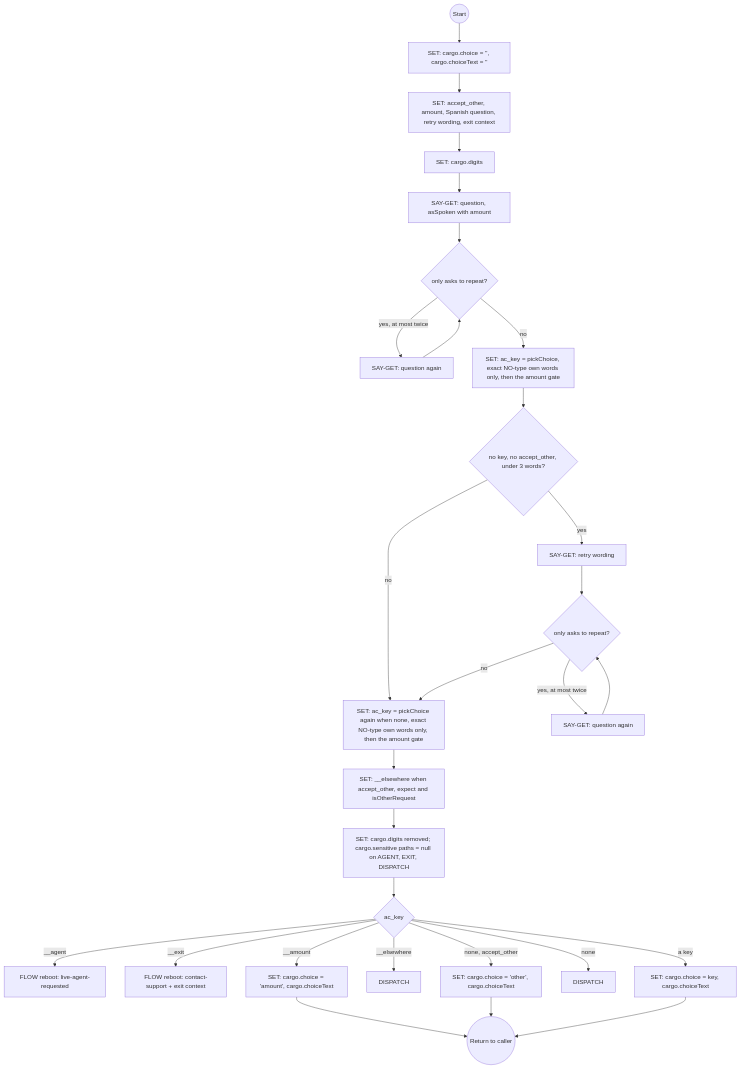
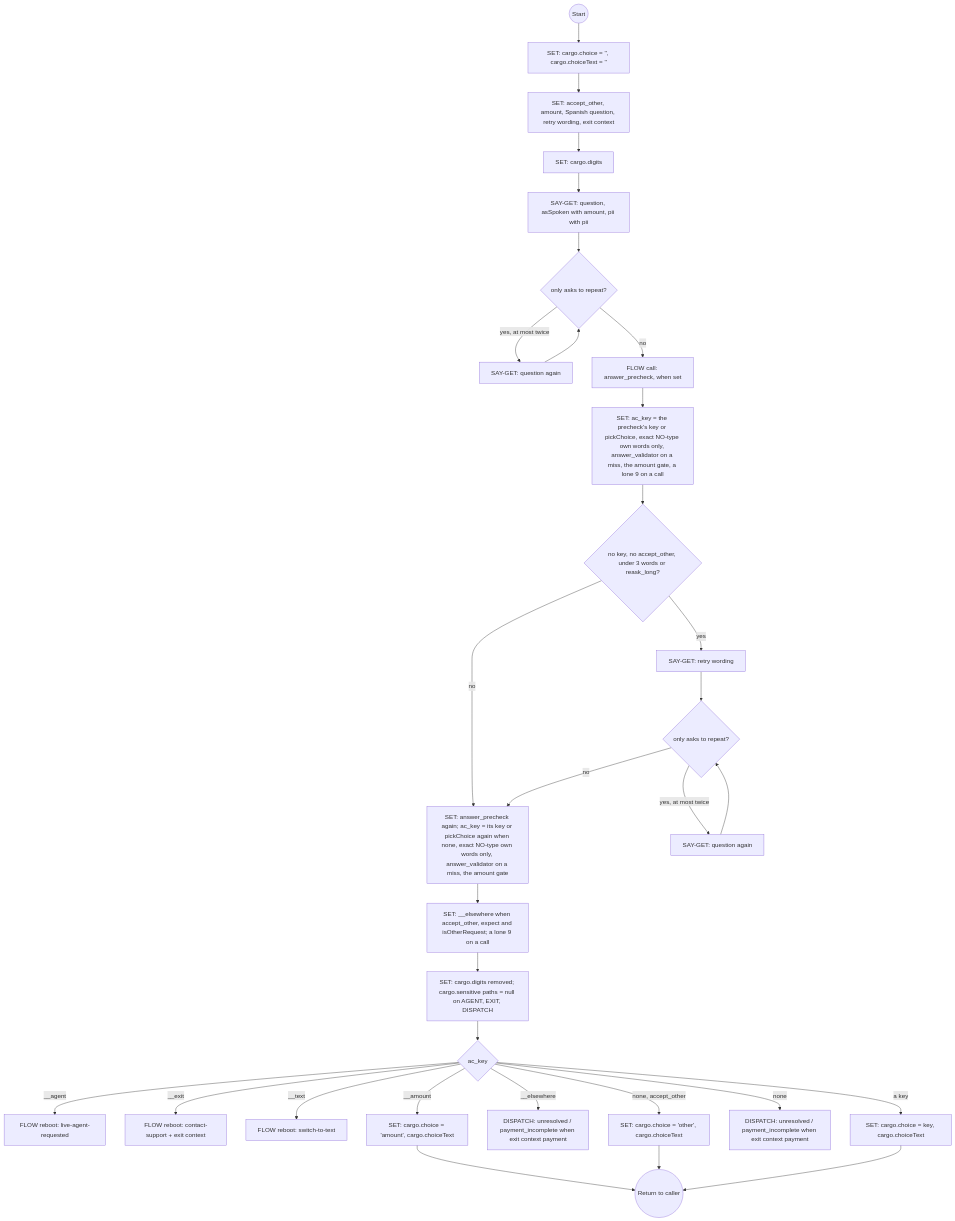
Diagram 18 of 25 in docs/system-flows.md (ronpinkas/jsfe), drawn with Mermaid before and after one commit. The commit also changed other lines of this file and 4 other files, not shown here.

````diff
--- a/docs/system-flows.md
+++ b/docs/system-flows.md
@@ -1097,31 +1162,33 @@
 ```mermaid
 graph TD
     start((Start)) --> ac_reset["SET: cargo.choice = '', cargo.choiceText = ''"]
     ac_reset --> defaults[SET: accept_other, amount, Spanish question, retry wording, exit context]
     defaults --> ac_keypad[SET: cargo.digits]
-    ac_keypad --> ac_ask[SAY-GET: question, asSpoken with amount]
+    ac_keypad --> ac_ask[SAY-GET: question, asSpoken with amount, pii with pii]
     ac_ask --> repeat{only asks to repeat?}
     repeat -->|yes, at most twice| ac_repeat[SAY-GET: question again]
     ac_repeat --> repeat
-    repeat -->|no| ac_match["SET: ac_key = pickChoice, exact NO-type own words only, then the amount gate"]
-    ac_match --> reask{no key, no accept_other, under 3 words?}
+    repeat -->|no| ac_precheck["FLOW call: answer_precheck, when set"]
+    ac_precheck --> ac_match["SET: ac_key = the precheck's key or pickChoice, exact NO-type own words only, answer_validator on a miss, the amount gate, a lone 9 on a call"]
+    ac_match --> reask{"no key, no accept_other, under 3 words or reask_long?"}
     reask -->|yes| ac_reask[SAY-GET: retry wording]
     reask -->|no| match_again
     ac_reask --> repeat_after{only asks to repeat?}
     repeat_after -->|yes, at most twice| ac_repeat_after[SAY-GET: question again]
     ac_repeat_after --> repeat_after
-    repeat_after -->|no| match_again["SET: ac_key = pickChoice again when none, exact NO-type own words only, then the amount gate"]
-    match_again --> other_check["SET: __elsewhere when accept_other, expect and isOtherRequest"]
+    repeat_after -->|no| match_again["SET: answer_precheck again; ac_key = its key or pickChoice again when none, exact NO-type own words only, answer_validator on a miss, the amount gate"]
+    match_again --> other_check["SET: __elsewhere when accept_other, expect and isOtherRequest; a lone 9 on a call"]
     other_check --> keypad_done["SET: cargo.digits removed; cargo.sensitive paths = null on AGENT, EXIT, DISPATCH"]
     keypad_done --> route{ac_key}
     route -->|__agent| ac_agent[FLOW reboot: live-agent-requested]
     route -->|__exit| ac_exit[FLOW reboot: contact-support + exit context]
+    route -->|__text| ac_switch_to_text[FLOW reboot: switch-to-text]
     route -->|__amount| ac_return_amount["SET: cargo.choice = 'amount', cargo.choiceText"]
-    route -->|__elsewhere| ac_elsewhere[DISPATCH]
+    route -->|__elsewhere| ac_elsewhere["DISPATCH: unresolved / payment_incomplete when exit context payment"]
     route -->|none, accept_other| ac_return_other["SET: cargo.choice = 'other', cargo.choiceText"]
-    route -->|none| ac_other_request[DISPATCH]
+    route -->|none| ac_other_request["DISPATCH: unresolved / payment_incomplete when exit context payment"]
     route -->|a key| ac_return_choice[SET: cargo.choice = key, cargo.choiceText]
     ac_return_amount --> stop((Return to caller))
     ac_return_other --> stop
     ac_return_choice --> stop
 ```
````
